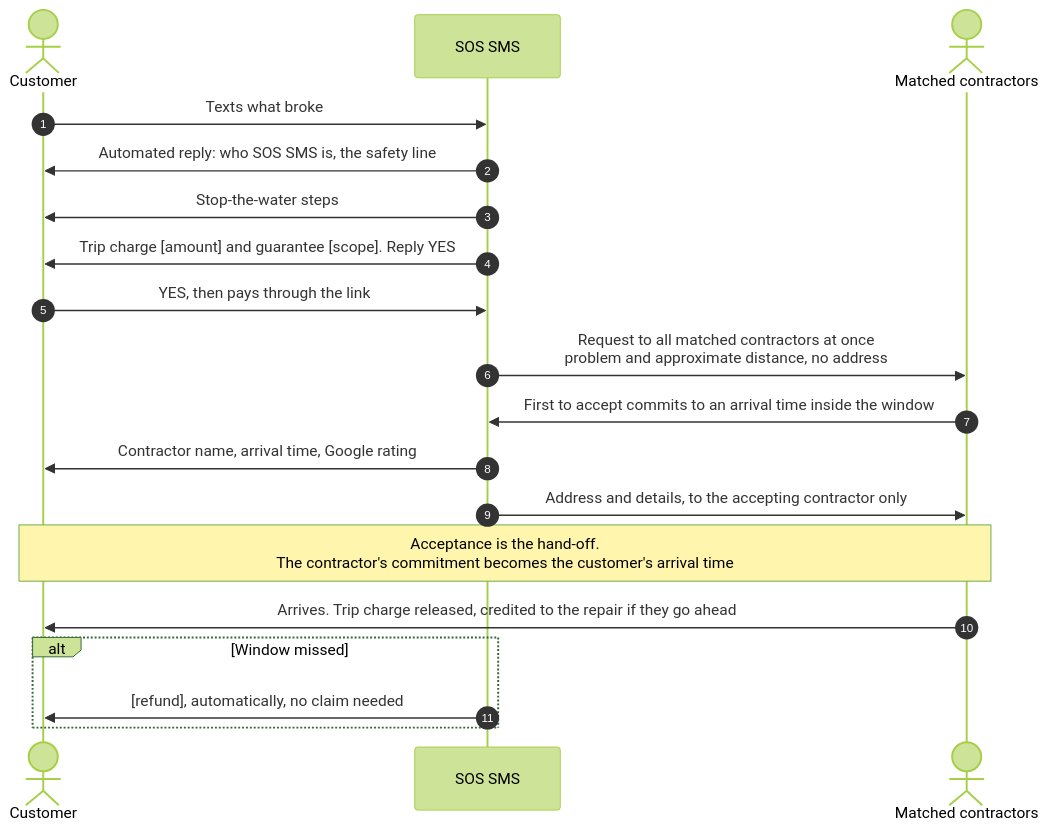
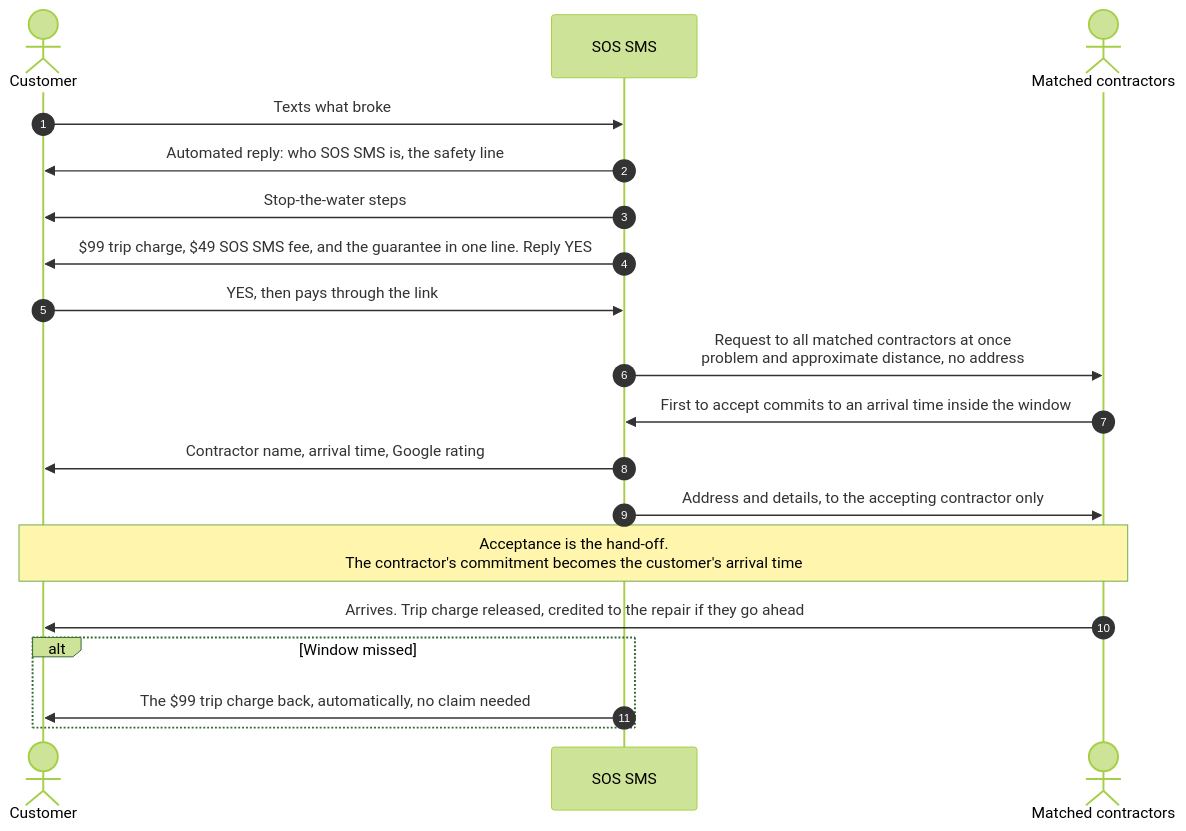
The third of 9 diagrams in README.md (Saasrelaunchdev/SOSSMSGTMBrain), drawn with Mermaid (forest theme) before and after one commit. The commit also changed other lines of this file and 111 other files, not shown here.

````diff
--- a/README.md
+++ b/README.md
@@ -177,21 +177,21 @@
 ```mermaid
 sequenceDiagram
     autonumber
     actor C as Customer
     participant S as SOS SMS
     actor K as Matched contractors
     C->>S: Texts what broke
     S->>C: Automated reply: who SOS SMS is, the safety line
     S->>C: Stop-the-water steps
-    S->>C: Trip charge [amount] and guarantee [scope]. Reply YES
+    S->>C: $99 trip charge, $49 SOS SMS fee, and the guarantee in one line. Reply YES
     C->>S: YES, then pays through the link
     S->>K: Request to all matched contractors at once<br/>problem and approximate distance, no address
     K->>S: First to accept commits to an arrival time inside the window
     S->>C: Contractor name, arrival time, Google rating
     S->>K: Address and details, to the accepting contractor only
     Note over C,K: Acceptance is the hand-off.<br/>The contractor's commitment becomes the customer's arrival time
     K->>C: Arrives. Trip charge released, credited to the repair if they go ahead
     alt Window missed
-        S->>C: [refund], automatically, no claim needed
+        S->>C: The $99 trip charge back, automatically, no claim needed
     end
 ```
````
